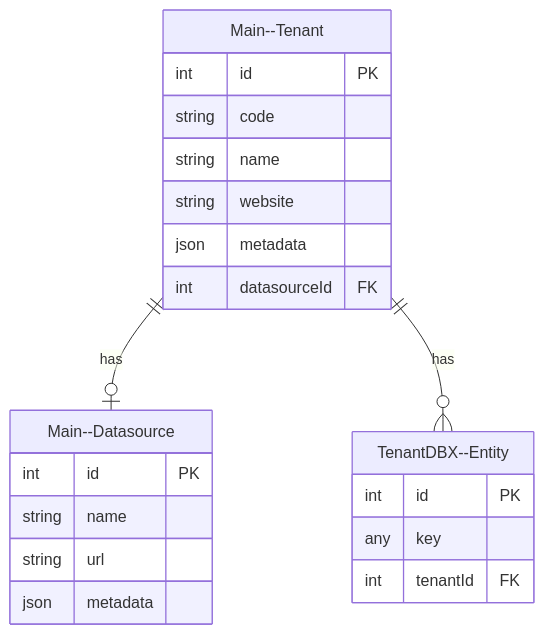
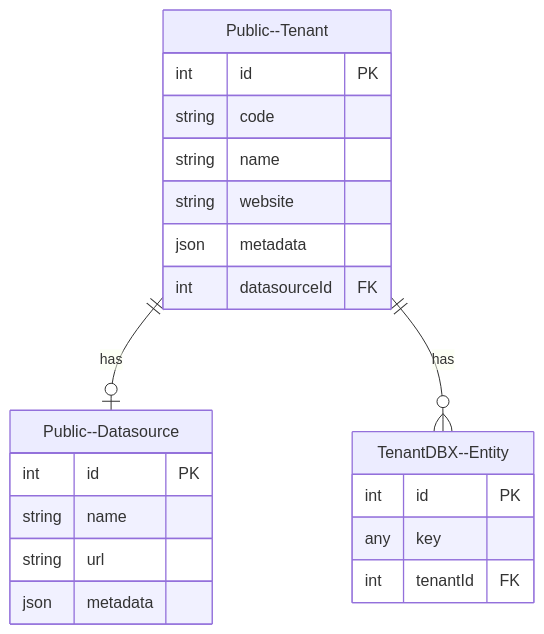
The second of 3 diagrams in README.md (pivee/multi-tenant-nestjs), drawn with Mermaid before and after one commit. The commit also changed other lines of this file, not shown here.

````diff
--- a/README.md
+++ b/README.md
@@ -125,24 +125,24 @@
 ```mermaid
 erDiagram
-    Main--Tenant {
+    Public--Tenant {
         int id PK
         string code
         string name
         string website
         json metadata
         int datasourceId FK
     }
-    Main--Datasource {
+    Public--Datasource {
         int id PK
         string name
         string url
         json metadata
     }
     TenantDBX--Entity {
         int id PK
         any key
         int tenantId FK
     }
-    Main--Tenant ||--o| Main--Datasource : has
-    Main--Tenant ||--o{ TenantDBX--Entity : has
+    Public--Tenant ||--o| Public--Datasource : has
+    Public--Tenant ||--o{ TenantDBX--Entity : has
 ```
````
